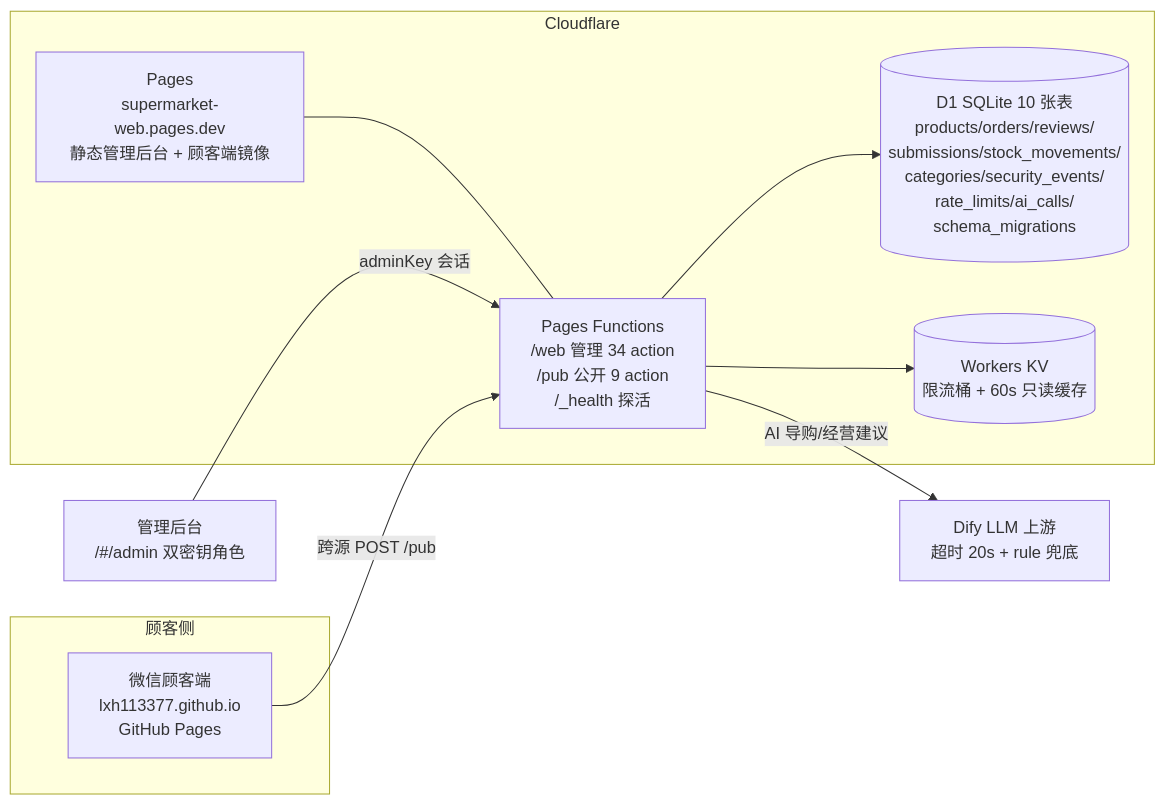
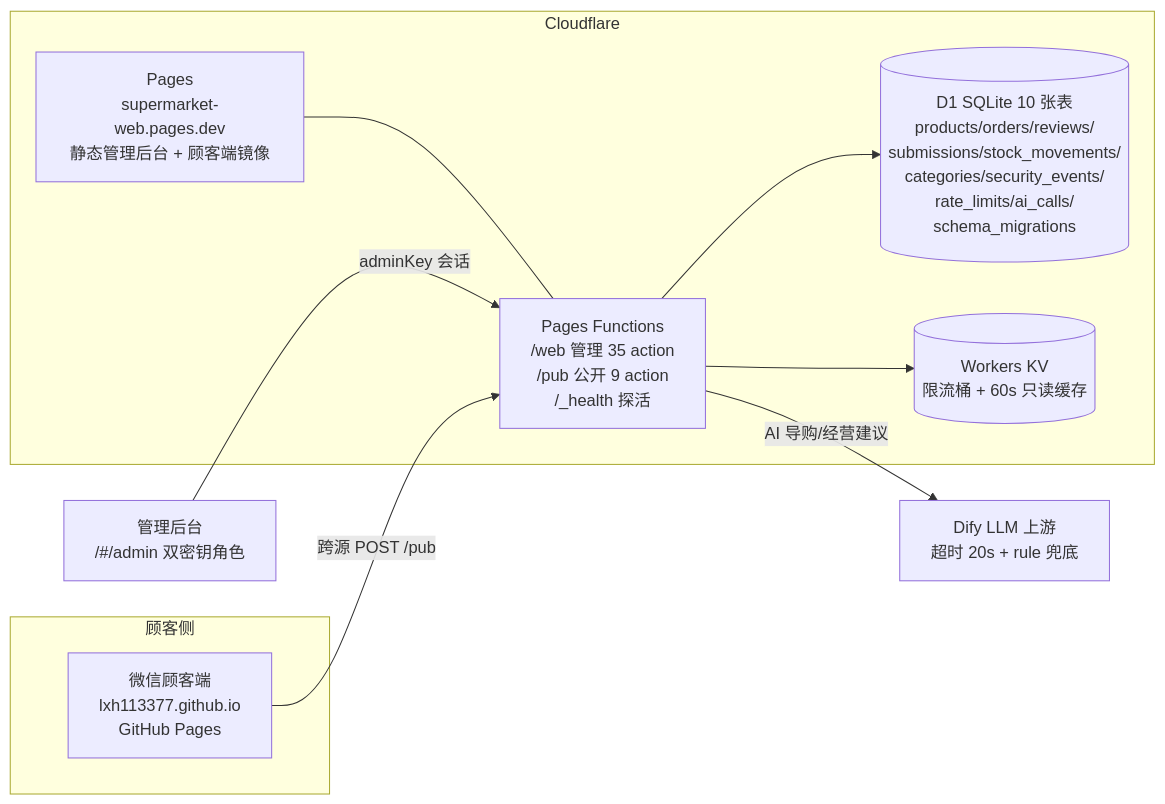
Before and after one commit to lxh113377/supermarket-web: the diagram in docs/ARCHITECTURE.md, drawn with Mermaid. The commit also changed 1 other file, not shown here.

Commit message:
docs: 订正 /web action 数(34->35)与单测文件数(122->123)
上一轮 getEventLog 入册与本轮新增文档测试后，README 与 ARCHITECTURE 的现状数字落后，verify:docs 判红；按当场实测订正

````diff
--- a/docs/ARCHITECTURE.md
+++ b/docs/ARCHITECTURE.md
@@ -9,18 +9,18 @@
 ```mermaid
 flowchart LR
   subgraph 顾客侧
     C1[微信顾客端<br/>lxh113377.github.io<br/>GitHub Pages]
   end
   subgraph Cloudflare
     P[Pages<br/>supermarket-web.pages.dev<br/>静态管理后台 + 顾客端镜像]
-    F[Pages Functions<br/>/web 管理 34 action<br/>/pub 公开 9 action<br/>/_health 探活]
+    F[Pages Functions<br/>/web 管理 35 action<br/>/pub 公开 9 action<br/>/_health 探活]
     D[(D1 SQLite 10 张表<br/>products/orders/reviews/<br/>submissions/stock_movements/<br/>categories/security_events/<br/>rate_limits/ai_calls/<br/>schema_migrations)]
     KV[(Workers KV<br/>限流桶 + 60s 只读缓存)]
   end
   A[管理后台<br/>/#/admin 双密钥角色] -->|adminKey 会话| F
   C1 -->|跨源 POST /pub| F
   P --- F
   F --> D
   F --> KV
   F -->|AI 导购/经营建议| dify[Dify LLM 上游<br/>超时 20s + rule 兜底]
 ```
````
